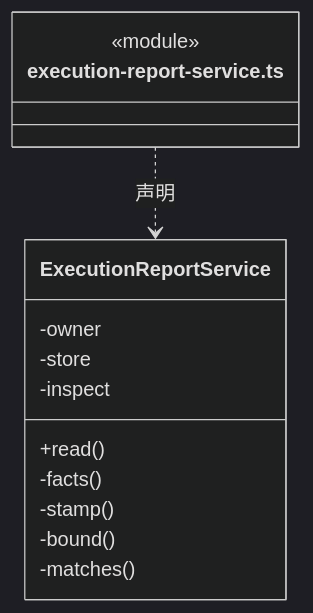
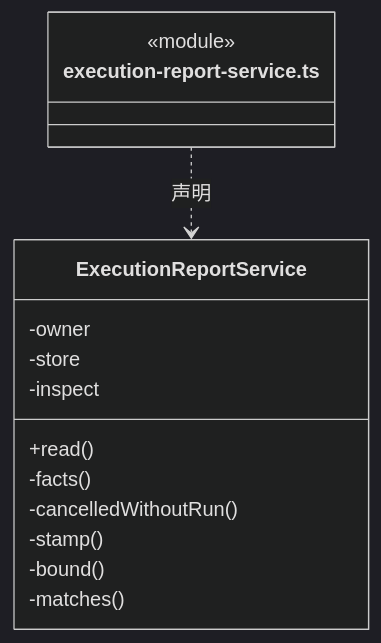
Diagram 13 of 40 in src/backend/scheduler-engine/execution/ARCHITECTURE.md (nan023062/cbim), drawn with Mermaid (dark theme) before and after one commit. The commit also changed other lines of this file and 46 other files, not shown here.

````diff
--- a/src/backend/scheduler-engine/execution/ARCHITECTURE.md
+++ b/src/backend/scheduler-engine/execution/ARCHITECTURE.md
@@ -387,17 +390,18 @@
 ```mermaid
 classDiagram
 class N_src_backend_scheduler_engine_execution_execution_report_service_ts["execution-report-service.ts"] {
   <<module>>
 }
 class N_src_backend_scheduler_engine_execution_execution_report_service_ts_ExecutionReportService["ExecutionReportService"] {
   +read()
   -owner
   -store
   -inspect
   -facts()
+  -cancelledWithoutRun()
   -stamp()
   -bound()
   -matches()
 }
 N_src_backend_scheduler_engine_execution_execution_report_service_ts ..> N_src_backend_scheduler_engine_execution_execution_report_service_ts_ExecutionReportService : 声明
 ```
````
